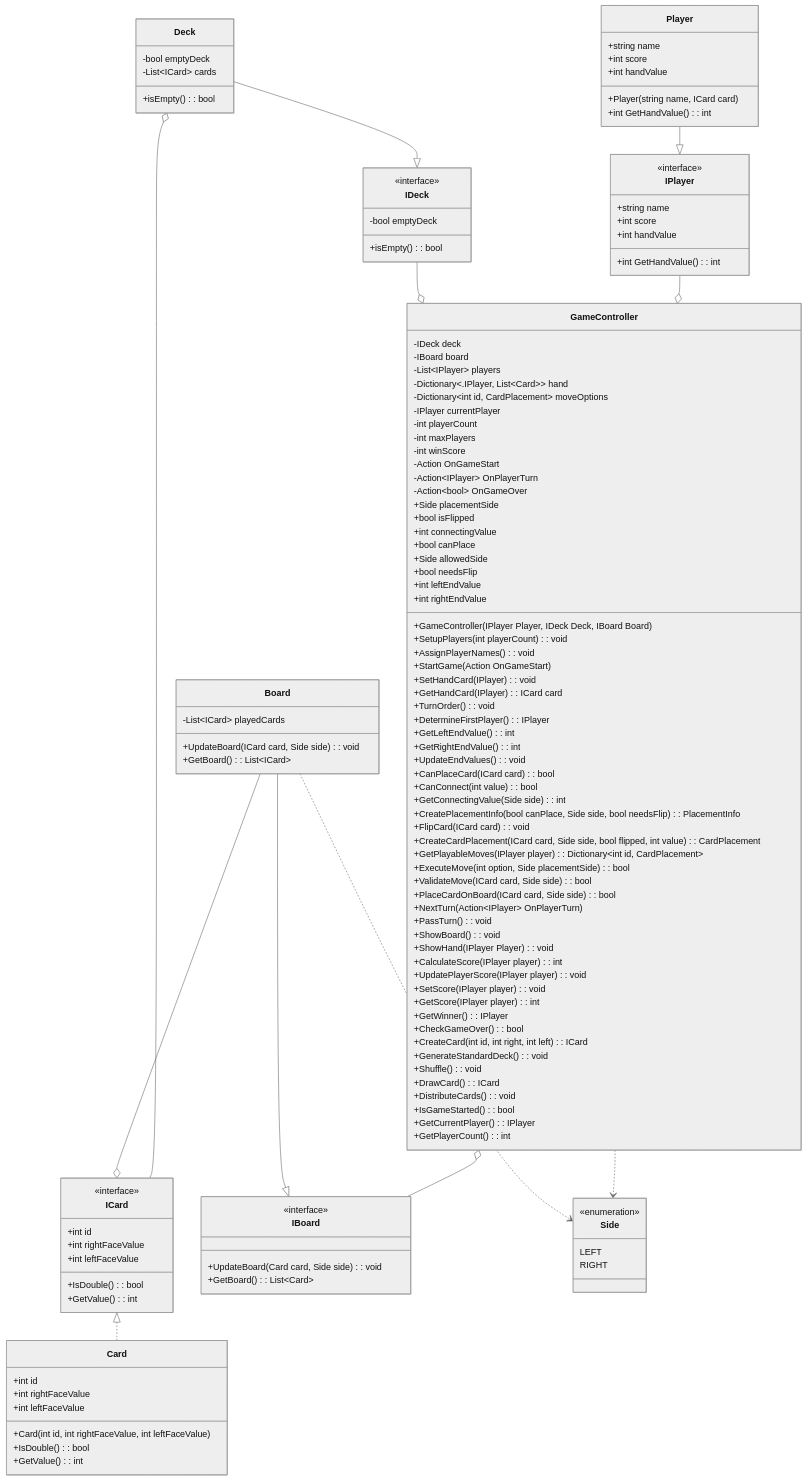
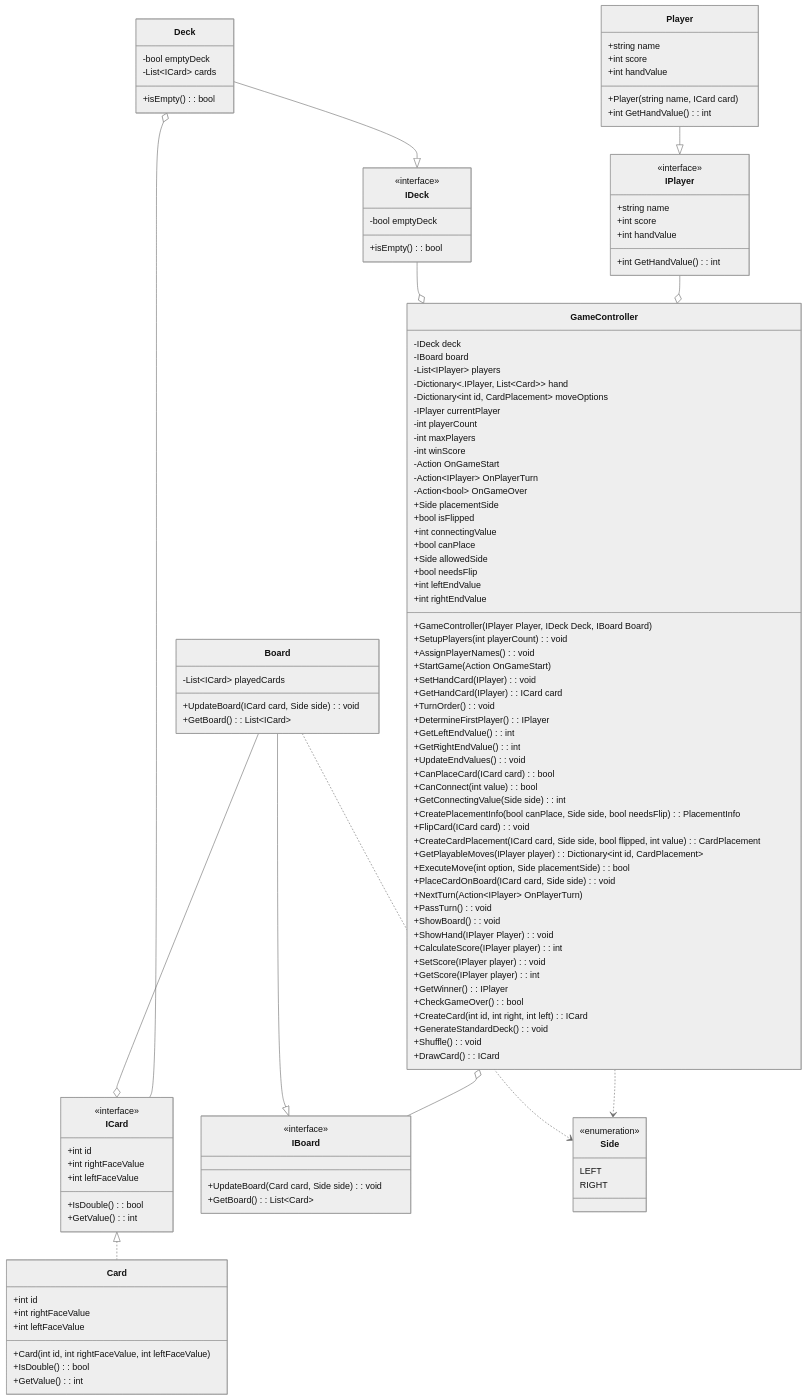
The diagram in Day6/DiagramClassProject/classDiagram.mmd (RavenFajar/bootCamp13), drawn with Mermaid (neutral theme) before and after one commit.

```diff
--- a/Day6/DiagramClassProject/classDiagram.mmd
+++ b/Day6/DiagramClassProject/classDiagram.mmd
@@ -1,128 +1,122 @@
 classDiagram
 class IPlayer{
     <<interface>>
     +string name
     +int score
     +int handValue
     +int GetHandValue() : int
 }
 class Player{
     +string name
     +int score
     +int handValue
     +Player(string name, ICard card)
     +int GetHandValue() : int
 }
 class ICard{
     <<interface>>
     +int id
     +int rightFaceValue
     +int leftFaceValue 
     +IsDouble() : bool
     +GetValue() : int
 }
 class IDeck{
     <<interface>>
     -bool emptyDeck
     +isEmpty() : bool
 }
 class IBoard{
     <<interface>>
     +UpdateBoard(Card card, Side side) : void
     +GetBoard() : List~Card~
 }
 class Deck{
     -bool emptyDeck
     -List~ICard~ cards
     +isEmpty() : bool
 }
 class Board{
     -List~ICard~ playedCards
     +UpdateBoard(ICard card, Side side) : void
     +GetBoard() : List~ICard~
 }
 class Card{
     +int id
     +int rightFaceValue
     +int leftFaceValue   
     +Card(int id, int rightFaceValue, int leftFaceValue) 
     +IsDouble() : bool
     +GetValue() : int
 }
 class Side{
     <<enumeration>>
     LEFT
     RIGHT
 }
 class GameController{
     -IDeck deck
     -IBoard board
     -List~IPlayer~ players
     -Dictionary<.IPlayer, List~Card~> hand
     -Dictionary~int id, CardPlacement~ moveOptions
     -IPlayer currentPlayer
     -int playerCount
     -int maxPlayers
     -int winScore
     -Action OnGameStart
     -Action~IPlayer~ OnPlayerTurn
     -Action~bool~ OnGameOver
     +Side placementSide
     +bool isFlipped
     +int connectingValue
     +bool canPlace
     +Side allowedSide
     +bool needsFlip
     +int leftEndValue
     +int rightEndValue
     +GameController(IPlayer Player, IDeck Deck, IBoard Board)
     +SetupPlayers(int playerCount) : void
     +AssignPlayerNames() : void
     +StartGame(Action OnGameStart)
     +SetHandCard(IPlayer): void
     +GetHandCard(IPlayer): ICard card 
     +TurnOrder() : void
     +DetermineFirstPlayer() : IPlayer
     +GetLeftEndValue() : int
     +GetRightEndValue() : int
     +UpdateEndValues() : void
     +CanPlaceCard(ICard card) : bool
     +CanConnect(int value) : bool
     +GetConnectingValue(Side side) : int
     +CreatePlacementInfo(bool canPlace, Side side, bool needsFlip) : PlacementInfo
     +FlipCard(ICard card) : void
     +CreateCardPlacement(ICard card, Side side, bool flipped, int value) : CardPlacement
     +GetPlayableMoves(IPlayer player) : Dictionary~int id, CardPlacement~
     +ExecuteMove(int option, Side placementSide) : bool
-    +ValidateMove(ICard card, Side side) : bool
-    +PlaceCardOnBoard(ICard card, Side side) : bool
+    +PlaceCardOnBoard(ICard card, Side side) : void
     +NextTurn(Action~IPlayer~ OnPlayerTurn)
     +PassTurn() : void
     +ShowBoard() : void
     +ShowHand(IPlayer Player): void 
     +CalculateScore(IPlayer player) : int
-    +UpdatePlayerScore(IPlayer player) : void
     +SetScore(IPlayer player) : void
     +GetScore(IPlayer player) : int
     +GetWinner() : IPlayer
     +CheckGameOver() : bool
     +CreateCard(int id, int right, int left) : ICard
     +GenerateStandardDeck() : void
     +Shuffle() : void
     +DrawCard() : ICard
-    +DistributeCards() : void
-    +IsGameStarted() : bool
-    +GetCurrentPlayer() : IPlayer
-    +GetPlayerCount() : int
 }
 IPlayer --o GameController 
 IDeck --o GameController
 GameController o-- IBoard
 Deck --|> IDeck 
 Board --|> IBoard 
 Player --|> IPlayer 
 Deck o-- ICard
 Board --o ICard
 ICard <|.. Card 
 GameController ..> Side
 Board ..> Side
```
